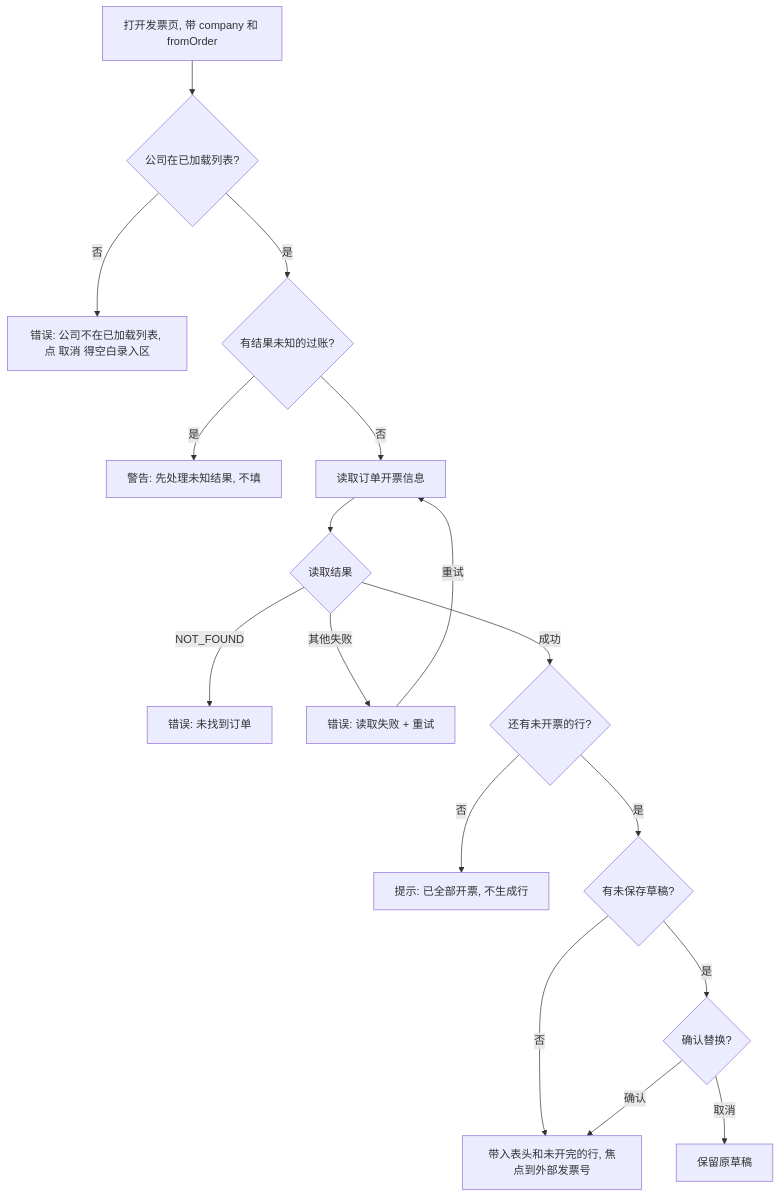
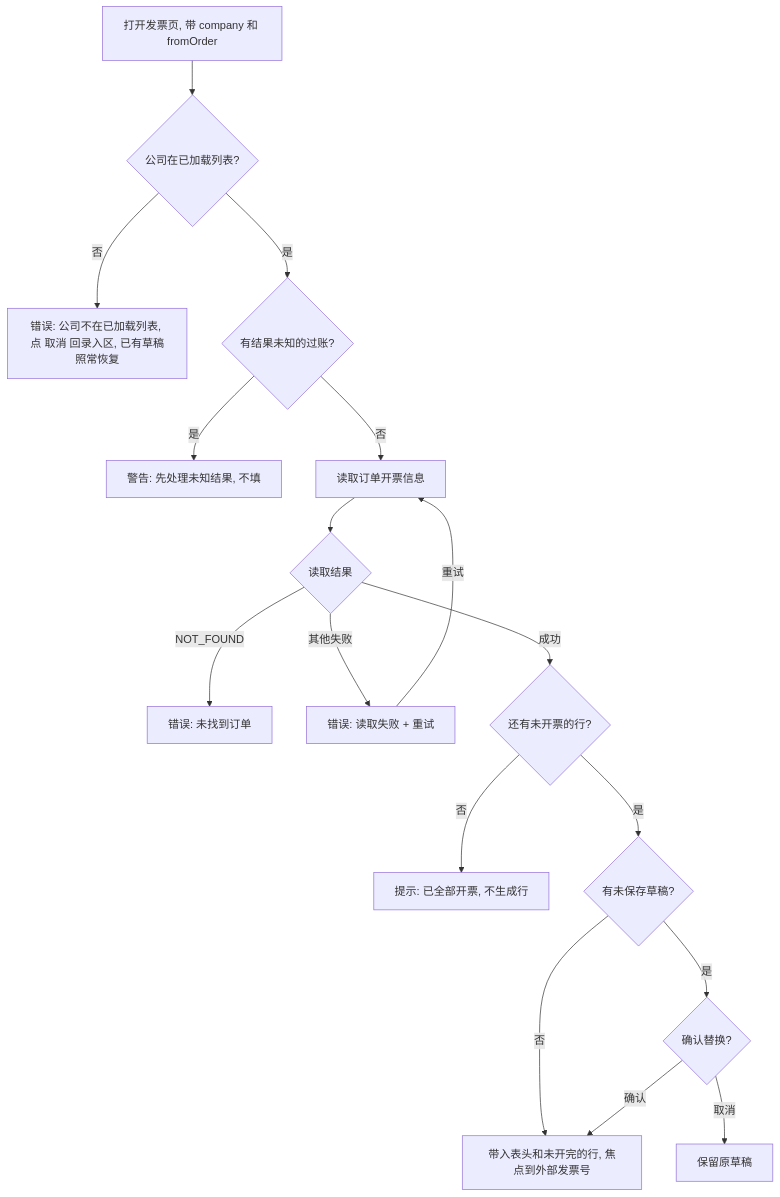
Before and after one commit to lingshf/ai-native-erp: the third of 3 diagrams in docs/flows/invoice-from-order-flow.md, drawn with Mermaid. The commit also changed other lines of this file and 3 other files, not shown here.

````diff
--- a/docs/flows/invoice-from-order-flow.md
+++ b/docs/flows/invoice-from-order-flow.md
@@ -50,19 +52,19 @@
 ```mermaid
 flowchart TD
   A[打开发票页, 带 company 和 fromOrder] --> B{公司在已加载列表?}
-  B -- 否 --> C[错误: 公司不在已加载列表, 点 取消 得空白录入区]
+  B -- 否 --> C[错误: 公司不在已加载列表, 点 取消 回录入区, 已有草稿照常恢复]
   B -- 是 --> D{有结果未知的过账?}
   D -- 是 --> E[警告: 先处理未知结果, 不填]
   D -- 否 --> F[读取订单开票信息]
   F --> G{读取结果}
   G -- NOT_FOUND --> H[错误: 未找到订单]
   G -- 其他失败 --> I[错误: 读取失败 + 重试]
   I -- 重试 --> F
   G -- 成功 --> J{还有未开票的行?}
   J -- 否 --> K[提示: 已全部开票, 不生成行]
   J -- 是 --> L{有未保存草稿?}
   L -- 否 --> N[带入表头和未开完的行, 焦点到外部发票号]
   L -- 是 --> M{确认替换?}
   M -- 取消 --> O[保留原草稿]
   M -- 确认 --> N
 ```
````
